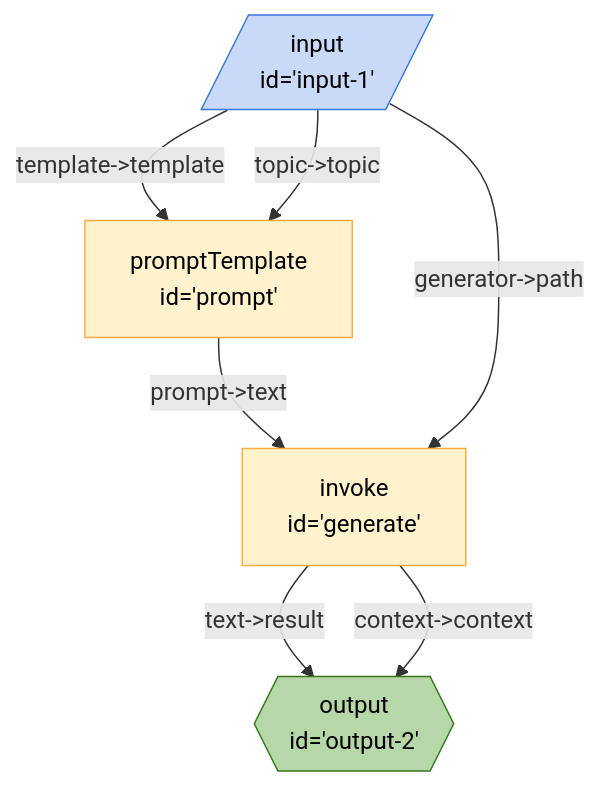
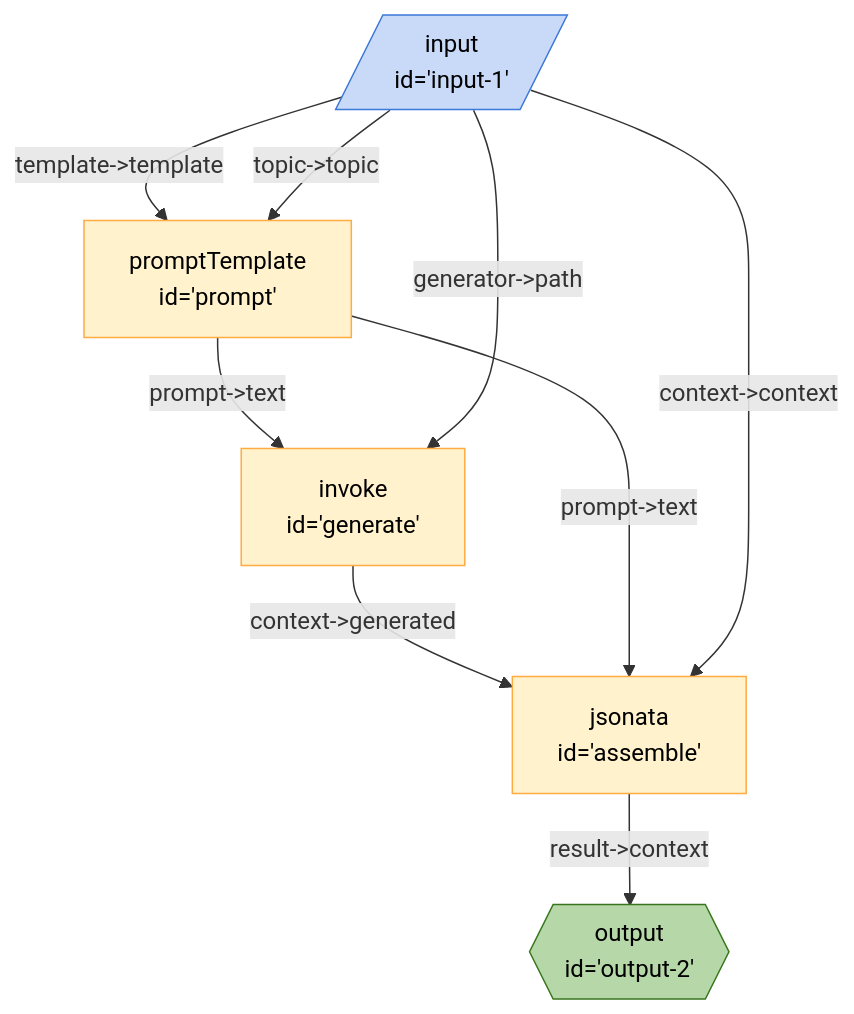
The diagram in packages/breadboard-web/docs/graphs/agent.md (breadboard-ai/breadboard), drawn with Mermaid before and after one commit. The commit also changed 2 other files, not shown here.

Commit message:
Teach agent to assemble full context.

````diff
--- a/packages/breadboard-web/docs/graphs/agent.md
+++ b/packages/breadboard-web/docs/graphs/agent.md
@@ -3,18 +3,20 @@
 ```mermaid
 %%{init: 'themeVariables': { 'fontFamily': 'Fira Code, monospace' }}%%
 graph TD;
-generate["invoke <br> id='generate'"] -- "text->result" --> output2{{"output <br> id='output-2'"}}:::output
-generate["invoke <br> id='generate'"] -- "context->context" --> output2{{"output <br> id='output-2'"}}:::output
+assemble["jsonata <br> id='assemble'"] -- "result->context" --> output2{{"output <br> id='output-2'"}}:::output
+generate["invoke <br> id='generate'"] -- "context->generated" --> assemble["jsonata <br> id='assemble'"]
 prompt["promptTemplate <br> id='prompt'"] -- "prompt->text" --> generate["invoke <br> id='generate'"]
+prompt["promptTemplate <br> id='prompt'"] -- "prompt->text" --> assemble["jsonata <br> id='assemble'"]
 input1[/"input <br> id='input-1'"/]:::input -- "template->template" --> prompt["promptTemplate <br> id='prompt'"]
 input1[/"input <br> id='input-1'"/]:::input -- "topic->topic" --> prompt["promptTemplate <br> id='prompt'"]
 input1[/"input <br> id='input-1'"/]:::input -- "generator->path" --> generate["invoke <br> id='generate'"]
+input1[/"input <br> id='input-1'"/]:::input -- "context->context" --> assemble["jsonata <br> id='assemble'"]
 classDef default stroke:#ffab40,fill:#fff2ccff,color:#000
 classDef input stroke:#3c78d8,fill:#c9daf8ff,color:#000
 classDef output stroke:#38761d,fill:#b6d7a8ff,color:#000
 classDef passthrough stroke:#a64d79,fill:#ead1dcff,color:#000
 classDef slot stroke:#a64d79,fill:#ead1dcff,color:#000
 classDef config stroke:#a64d79,fill:#ead1dcff,color:#000
 classDef secrets stroke:#db4437,fill:#f4cccc,color:#000
 classDef slotted stroke:#a64d79
 ```
````
